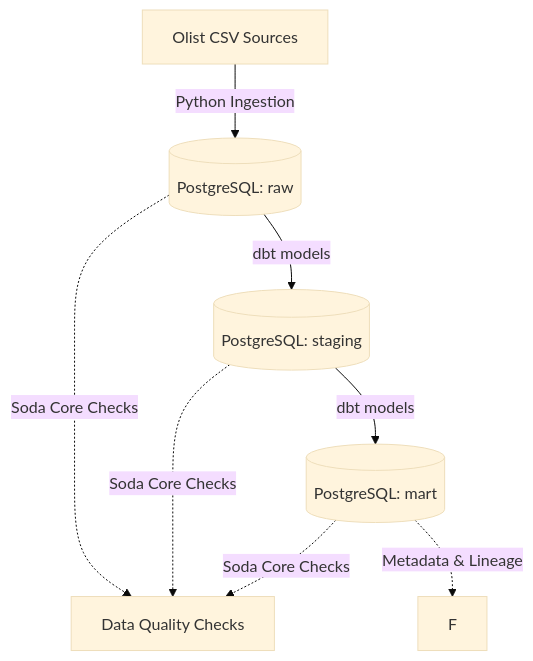
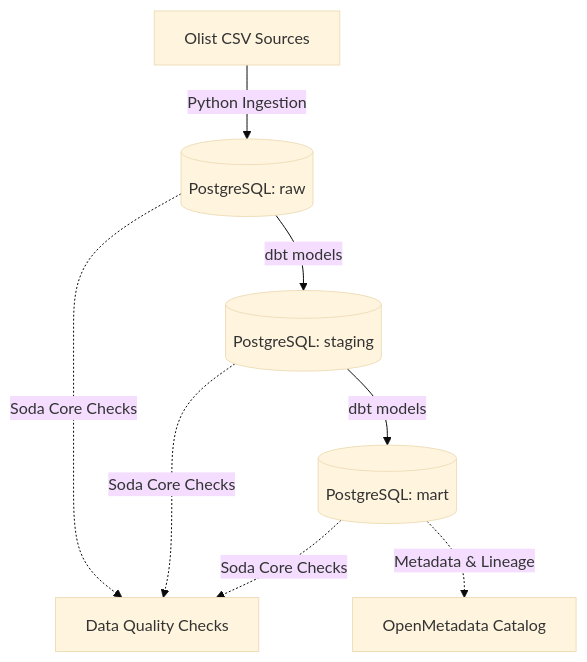
One commit to draganov7/governed-commerece-lakehouse changed the diagram in README.md. Above: the diagram before and after it, drawn with Mermaid (base theme).

Commit message:
Update README to include OpenMetadata Catalog reference

````diff
--- a/README.md
+++ b/README.md
@@ -11,12 +11,12 @@
 ```mermaid
 graph TD
     A[Olist CSV Sources] -->|Python Ingestion| B[(PostgreSQL: raw)]
     B -->|dbt models| C[(PostgreSQL: staging)]
     C -->|dbt models| D[(PostgreSQL: mart)]
     
     B -.->|Soda Core Checks| E[Data Quality Checks]
     C -.->|Soda Core Checks| E
     D -.->|Soda Core Checks| E
     
-    D -.->|Metadata & Lineage| F
+    D -.->|Metadata & Lineage| F[OpenMetadata Catalog]
 ```
````
